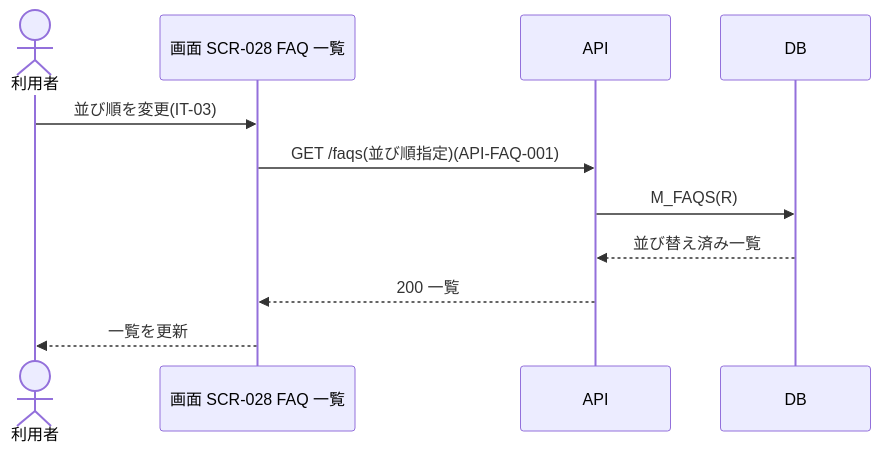
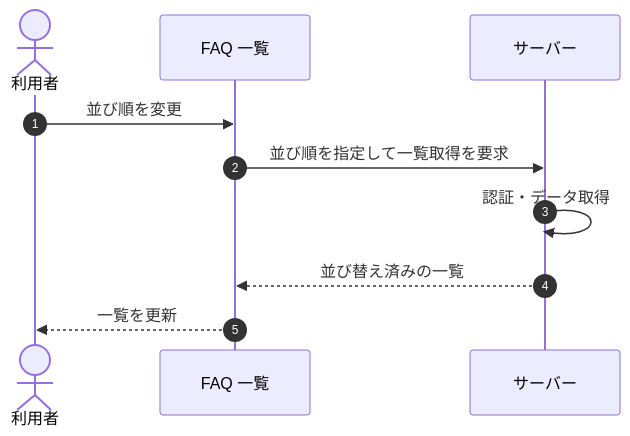
Before and after one commit to sikakou54/open-faq: the diagram in 02_basic_design/05_sequences/SEQ-027.md, drawn with Mermaid. The commit also changed other lines of this file and 108 other files, not shown here.

First line of the commit message:
基本設計: シーケンス図を基本設計粒度(ユーザー/画面/サーバー)へ再編成

````diff
--- a/02_basic_design/05_sequences/SEQ-027.md
+++ b/02_basic_design/05_sequences/SEQ-027.md
@@ -25,13 +32,12 @@
 ```mermaid
 sequenceDiagram
+  autonumber
   actor U as 利用者
-  participant S as 画面 SCR-028 FAQ 一覧
-  participant API as API
-  participant DB as DB
-  U->>S: 並び順を変更(IT-03)
-  S->>API: GET /faqs(並び順指定)(API-FAQ-001)
-  API->>DB: M_FAQS(R)
-  DB-->>API: 並び替え済み一覧
-  API-->>S: 200 一覧
-  S-->>U: 一覧を更新
+  participant Screen as FAQ 一覧
+  participant Server as サーバー
+  U->>Screen: 並び順を変更
+  Screen->>Server: 並び順を指定して一覧取得を要求
+  Server->>Server: 認証・データ取得
+  Server-->>Screen: 並び替え済みの一覧
+  Screen-->>U: 一覧を更新
 ```
````
